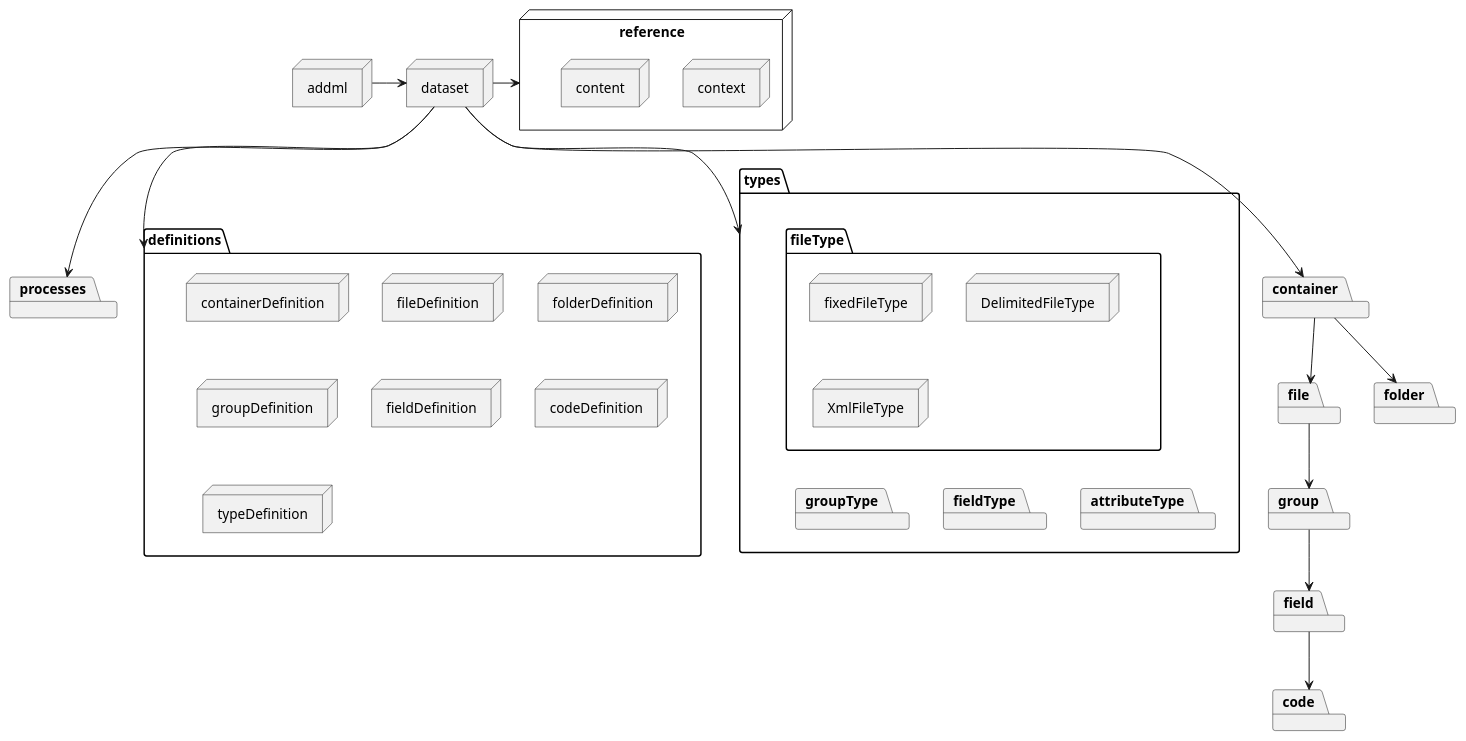
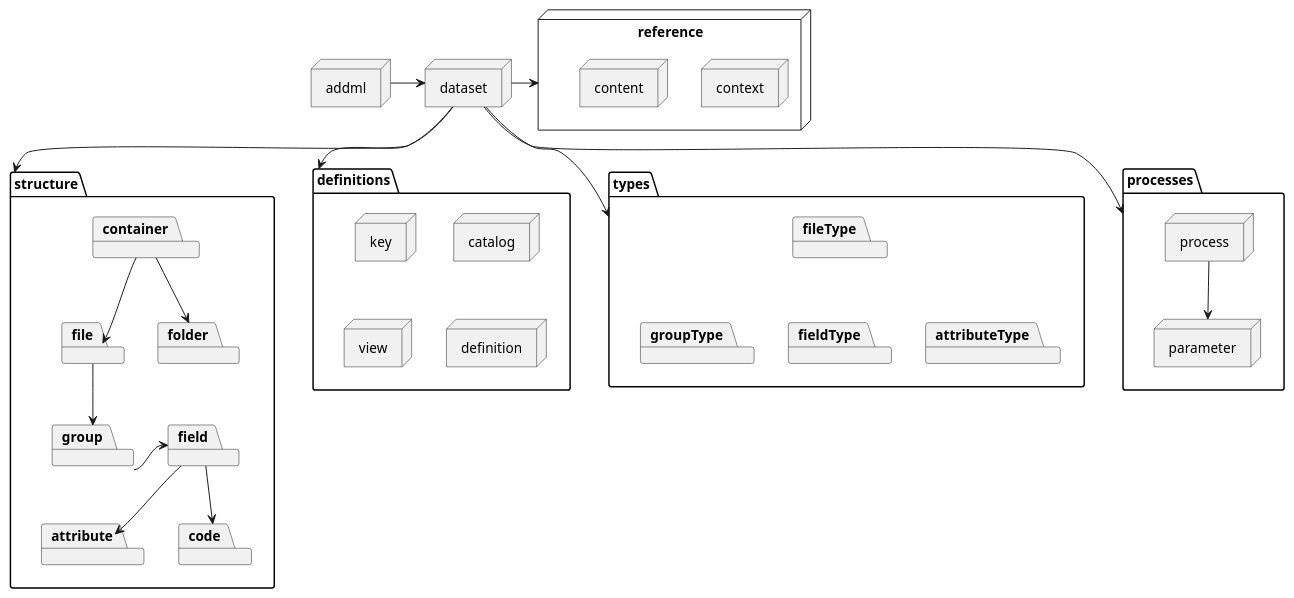
The diagram in usage/aspirations/umls/addml_v9.puml (joergen-vs/73027c42-c2cd-4c62-b1f4-2532c0eb8dab), drawn with PlantUML before and after one commit.

Commit message:
Updated v9 roadmap

```diff
--- a/usage/aspirations/umls/addml_v9.puml
+++ b/usage/aspirations/umls/addml_v9.puml
@@ -1,63 +1,66 @@
 @startuml
 node addml
 
 node dataset
 addml -> dataset
 
 node reference {
     node content
     node context
     content -[hidden] context
 }
 
 dataset -> reference
 
-package container
-package file
-package folder
-package group
-package field
-package code
+package structure {
+    package container
+    package file
+    package folder
+    package group
+    package field
+    package attribute
+    package code
+}
 
-dataset --> container
+dataset --> structure
 container --> folder
 container --> file
 file --> group
-group --> field
+group -> field
+field --> attribute
 field --> code
 
 package definitions{
-    node containerDefinition
-    node fileDefinition
-    node folderDefinition
-    node groupDefinition
-    node fieldDefinition
-    node codeDefinition
-    node typeDefinition
+    node catalog
+    node definition
+    node key
+    node "view"
 }
+
+catalog -[hidden]- definition
+key-[hidden]- view
 
 dataset --> definitions
 
 package types {
-    package fileType{
-        node fixedFileType
-        node DelimitedFileType
-        node XmlFileType
-    }
+    package fileType
     package groupType
     package fieldType
     package attributeType
 
-    fileType -[hidden]-- groupType
-    fileType -[hidden]-- fieldType
-    fileType -[hidden]-- attributeType
+    fileType -[hidden]- groupType
+    fileType -[hidden]- fieldType
+    fileType -[hidden]- attributeType
 }
 
 dataset --> types
 
 package processes {
+node process
+node parameter
+}
 
-}
+process --> parameter
 
 dataset --> processes
 @enduml
```
